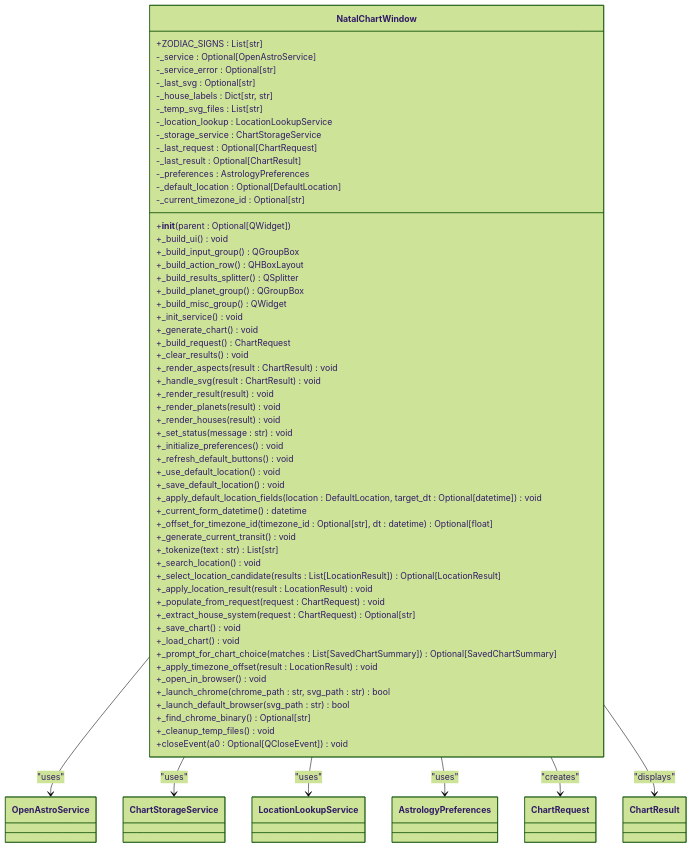
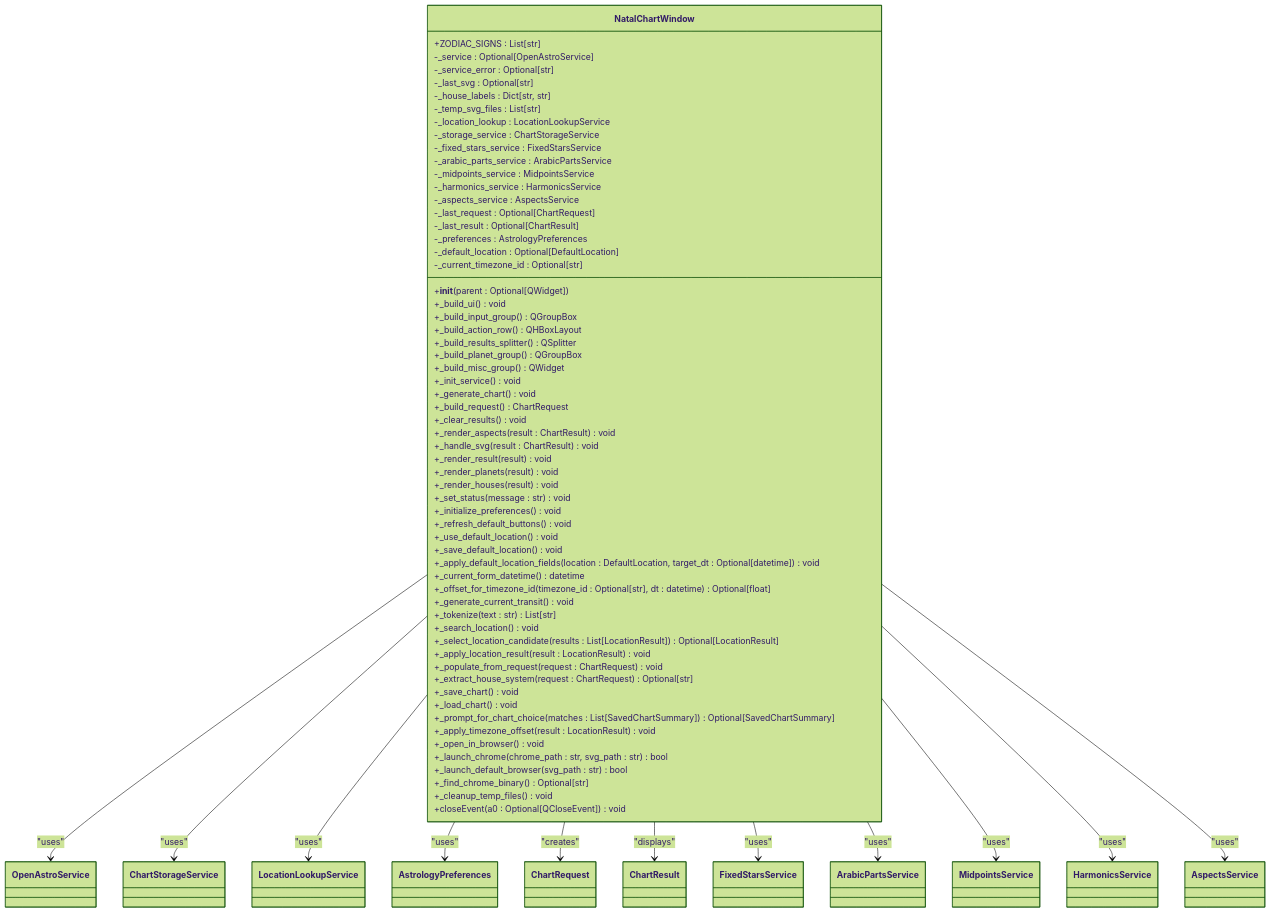
One commit to TheDaniel166/IsopGem changed the third of 16 diagrams in .qoder/repowiki/en/content/Architecture Overview/Pillar-Based Architecture/Astrology Pillar/Natal Charts.md. Above: the diagram before and after it, drawn with Mermaid (forest theme). The commit also changed other lines of this file and 36 other files, not shown here.

````diff
--- a/.qoder/repowiki/en/content/Architecture Overview/Pillar-Based Architecture/Astrology Pillar/Natal Charts.md
+++ b/.qoder/repowiki/en/content/Architecture Overview/Pillar-Based Architecture/Astrology Pillar/Natal Charts.md
@@ -126,65 +168,75 @@
 ```mermaid
 classDiagram
 class NatalChartWindow {
 +ZODIAC_SIGNS : List[str]
 -_service : Optional[OpenAstroService]
 -_service_error : Optional[str]
 -_last_svg : Optional[str]
 -_house_labels : Dict[str, str]
 -_temp_svg_files : List[str]
 -_location_lookup : LocationLookupService
 -_storage_service : ChartStorageService
+-_fixed_stars_service : FixedStarsService
+-_arabic_parts_service : ArabicPartsService
+-_midpoints_service : MidpointsService
+-_harmonics_service : HarmonicsService
+-_aspects_service : AspectsService
 -_last_request : Optional[ChartRequest]
 -_last_result : Optional[ChartResult]
 -_preferences : AstrologyPreferences
 -_default_location : Optional[DefaultLocation]
 -_current_timezone_id : Optional[str]
 +__init__(parent : Optional[QWidget])
 +_build_ui() void
 +_build_input_group() QGroupBox
 +_build_action_row() QHBoxLayout
 +_build_results_splitter() QSplitter
 +_build_planet_group() QGroupBox
 +_build_misc_group() QWidget
 +_init_service() void
 +_generate_chart() void
 +_build_request() ChartRequest
 +_clear_results() void
 +_render_aspects(result : ChartResult) void
 +_handle_svg(result : ChartResult) void
 +_render_result(result) void
 +_render_planets(result) void
 +_render_houses(result) void
 +_set_status(message : str) void
 +_initialize_preferences() void
 +_refresh_default_buttons() void
 +_use_default_location() void
 +_save_default_location() void
 +_apply_default_location_fields(location : DefaultLocation, target_dt : Optional[datetime]) void
 +_current_form_datetime() datetime
 +_offset_for_timezone_id(timezone_id : Optional[str], dt : datetime) Optional[float]
 +_generate_current_transit() void
 +_tokenize(text : str) List[str]
 +_search_location() void
 +_select_location_candidate(results : List[LocationResult]) Optional[LocationResult]
 +_apply_location_result(result : LocationResult) void
 +_populate_from_request(request : ChartRequest) void
 +_extract_house_system(request : ChartRequest) Optional[str]
 +_save_chart() void
 +_load_chart() void
 +_prompt_for_chart_choice(matches : List[SavedChartSummary]) Optional[SavedChartSummary]
 +_apply_timezone_offset(result : LocationResult) void
 +_open_in_browser() void
 +_launch_chrome(chrome_path : str, svg_path : str) bool
 +_launch_default_browser(svg_path : str) bool
 +_find_chrome_binary() Optional[str]
 +_cleanup_temp_files() void
 +closeEvent(a0 : Optional[QCloseEvent]) void
 }
 NatalChartWindow --> OpenAstroService : "uses"
 NatalChartWindow --> ChartStorageService : "uses"
 NatalChartWindow --> LocationLookupService : "uses"
 NatalChartWindow --> AstrologyPreferences : "uses"
 NatalChartWindow --> ChartRequest : "creates"
 NatalChartWindow --> ChartResult : "displays"
+NatalChartWindow --> FixedStarsService : "uses"
+NatalChartWindow --> ArabicPartsService : "uses"
+NatalChartWindow --> MidpointsService : "uses"
+NatalChartWindow --> HarmonicsService : "uses"
+NatalChartWindow --> AspectsService : "uses"
 ```
````
